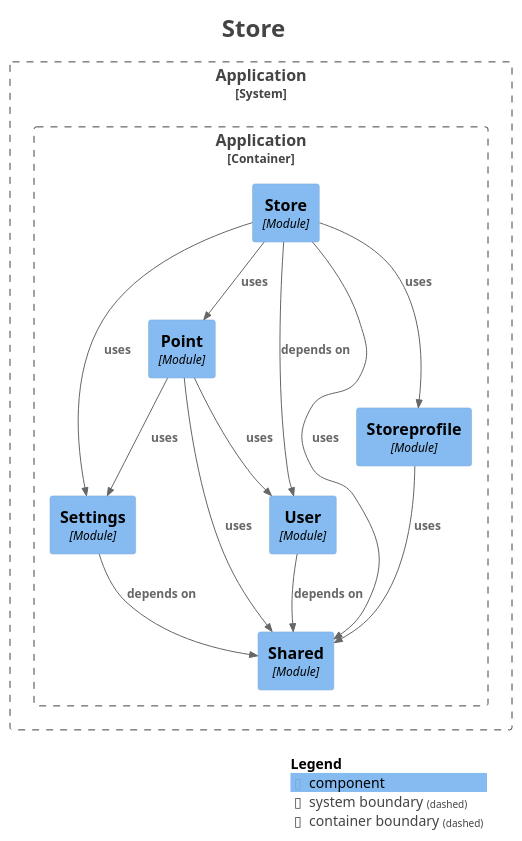
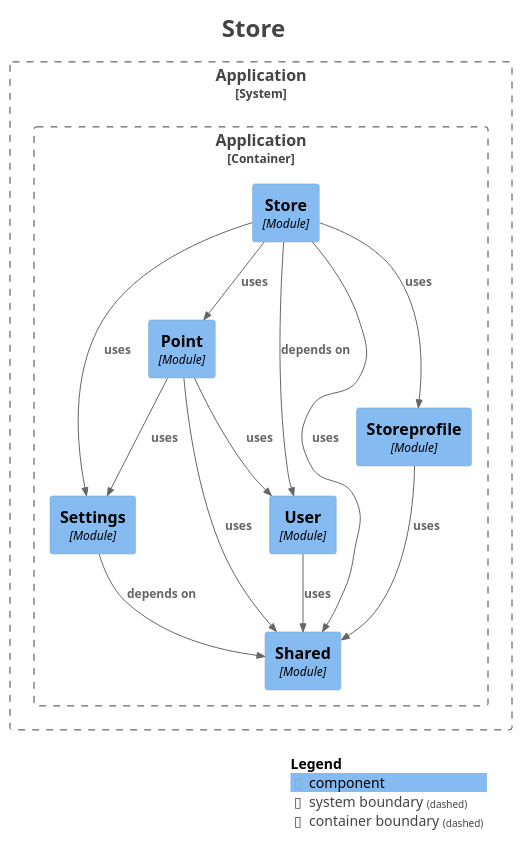
One commit to kanghouchao/Kizuna changed the diagram in backend/docs/modulith/module-store.puml. Above: the diagram before and after it, drawn with PlantUML. The commit also changed 81 other files, not shown here.

```diff
--- a/backend/docs/modulith/module-store.puml
+++ b/backend/docs/modulith/module-store.puml
@@ -1,44 +1,44 @@
 @startuml
 title <size:24>Store</size>
 
 set separator none
 top to bottom direction
 
 <style>
   root {
     BackgroundColor: #ffffff
     FontColor: #444444
   }
 </style>
 
 !include <C4/C4>
 !include <C4/C4_Context>
 !include <C4/C4_Component>
 
 System_Boundary("Application_boundary", "Application", $tags="") {
   Container_Boundary("Application.Application_boundary", "Application", $tags="") {
     Component(Application.Application.Point, "Point", $techn="Module", $descr="", $tags="", $link="")
     Component(Application.Application.Store, "Store", $techn="Module", $descr="", $tags="", $link="")
     Component(Application.Application.Shared, "Shared", $techn="Module", $descr="", $tags="", $link="")
     Component(Application.Application.Settings, "Settings", $techn="Module", $descr="", $tags="", $link="")
     Component(Application.Application.Storeprofile, "Storeprofile", $techn="Module", $descr="", $tags="", $link="")
     Component(Application.Application.User, "User", $techn="Module", $descr="", $tags="", $link="")
   }
 
 }
 
+Rel(Application.Application.Settings, Application.Application.Shared, "depends on", $techn="", $tags="", $link="")
 Rel(Application.Application.Store, Application.Application.User, "depends on", $techn="", $tags="", $link="")
 Rel(Application.Application.Store, Application.Application.Storeprofile, "uses", $techn="", $tags="", $link="")
 Rel(Application.Application.Store, Application.Application.Point, "uses", $techn="", $tags="", $link="")
 Rel(Application.Application.Store, Application.Application.Settings, "uses", $techn="", $tags="", $link="")
 Rel(Application.Application.Store, Application.Application.Shared, "uses", $techn="", $tags="", $link="")
 Rel(Application.Application.Storeprofile, Application.Application.Shared, "uses", $techn="", $tags="", $link="")
-Rel(Application.Application.User, Application.Application.Shared, "depends on", $techn="", $tags="", $link="")
-Rel(Application.Application.Settings, Application.Application.Shared, "depends on", $techn="", $tags="", $link="")
+Rel(Application.Application.User, Application.Application.Shared, "uses", $techn="", $tags="", $link="")
 Rel(Application.Application.Point, Application.Application.User, "uses", $techn="", $tags="", $link="")
 Rel(Application.Application.Point, Application.Application.Shared, "uses", $techn="", $tags="", $link="")
 Rel(Application.Application.Point, Application.Application.Settings, "uses", $techn="", $tags="", $link="")
 
 SHOW_LEGEND(true)
 hide stereotypes
 @enduml
```
